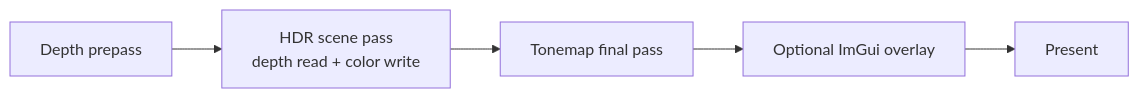
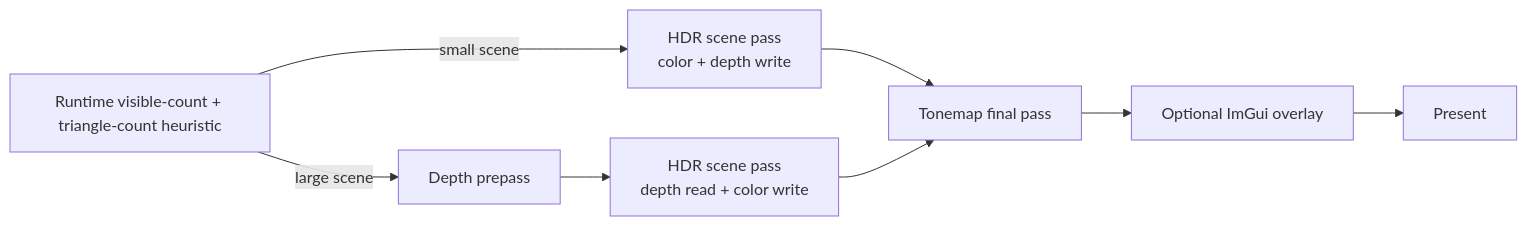
One commit to ck0i/VolkEngine changed the diagram in docs/topics/renderer-pipeline.md. Above: the diagram before and after it, drawn with Mermaid. The commit also changed other lines of this file and 44 other files, not shown here.

````diff
--- a/docs/topics/renderer-pipeline.md
+++ b/docs/topics/renderer-pipeline.md
@@ -72,7 +63,10 @@
 ```mermaid
 flowchart LR
-    Depth[Depth prepass] --> Scene[HDR scene pass\ndepth read + color write]
+    Decide[Runtime visible-count + triangle-count heuristic] -->|small scene| Scene[HDR scene pass\ncolor + depth write]
+    Decide -->|large scene| Depth[Depth prepass]
+    Depth --> ScenePre[HDR scene pass\ndepth read + color write]
     Scene --> Tonemap[Tonemap final pass]
+    ScenePre --> Tonemap
     Tonemap --> ImGui[Optional ImGui overlay]
     ImGui --> Present[Present]
 ```
````
